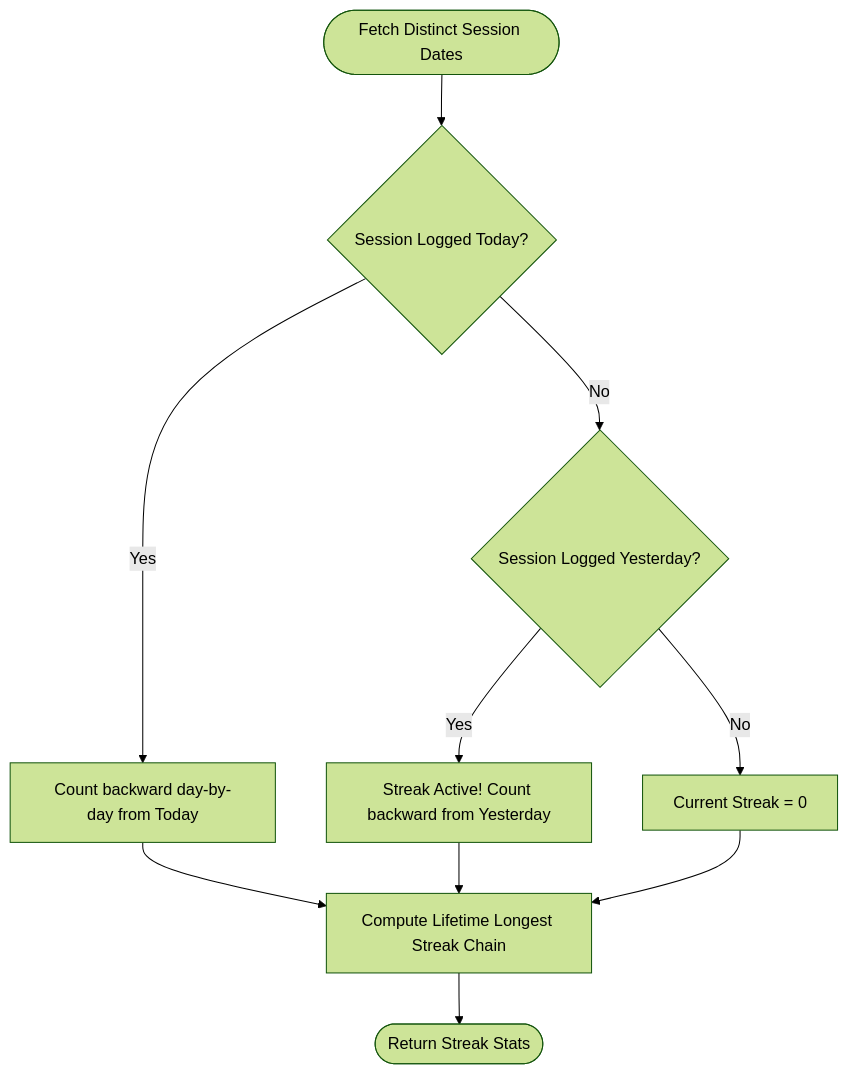
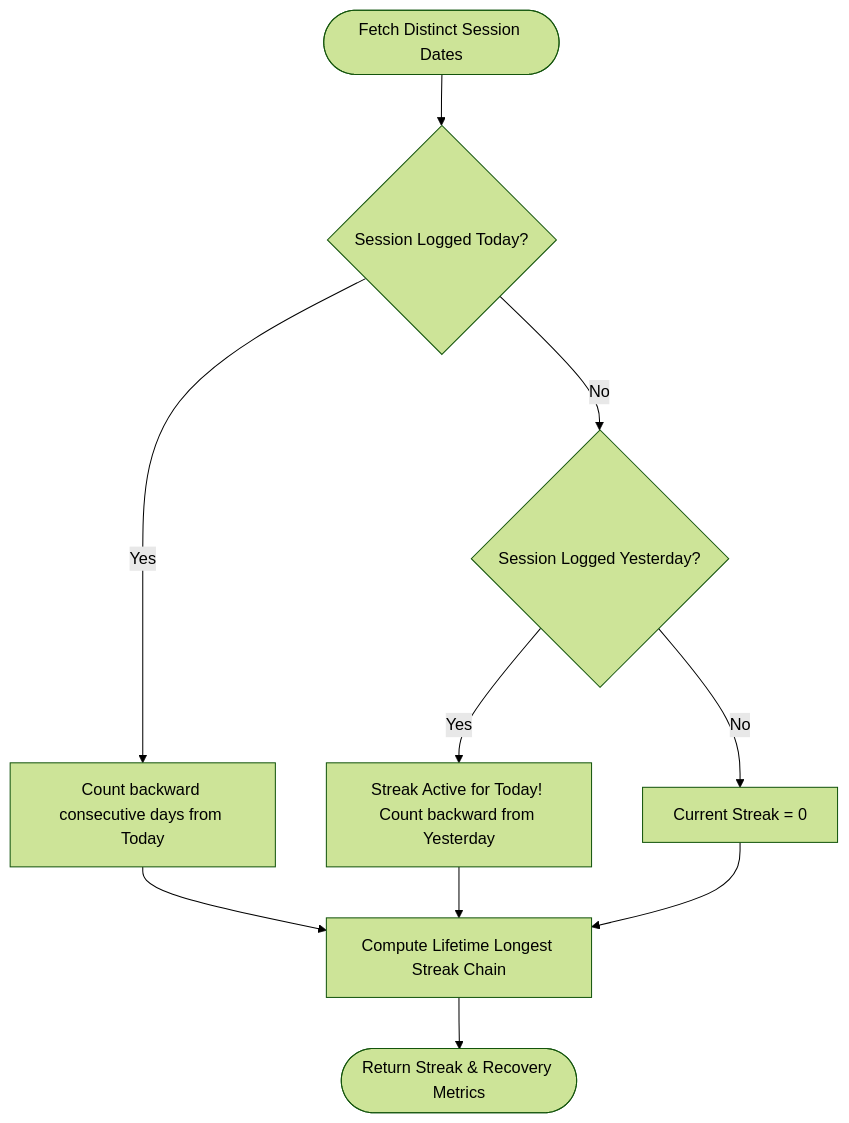
One commit to Rafayet-Hossen/uiu-student-brain changed the second of 6 diagrams in README.md. Above: the diagram before and after it, drawn with Mermaid (forest theme). The commit also changed other lines of this file and 1 other file, not shown here.

````diff
--- a/README.md
+++ b/README.md
@@ -329,12 +217,12 @@
 ```mermaid
 flowchart TD
     Start([Fetch Distinct Session Dates]) --> CheckToday{Session Logged Today?}
-    CheckToday -- Yes --> CountFromToday[Count backward day-by-day from Today]
+    CheckToday -- Yes --> CountFromToday[Count backward consecutive days from Today]
     CheckToday -- No --> CheckYesterday{Session Logged Yesterday?}
-    CheckYesterday -- Yes --> CountFromYesterday[Streak Active! Count backward from Yesterday]
+    CheckYesterday -- Yes --> CountFromYesterday[Streak Active for Today! Count backward from Yesterday]
     CheckYesterday -- No --> ResetStreak[Current Streak = 0]
     CountFromToday --> MaxStreakCalc[Compute Lifetime Longest Streak Chain]
     CountFromYesterday --> MaxStreakCalc
     ResetStreak --> MaxStreakCalc
-    MaxStreakCalc --> ReturnSummary([Return Streak Stats])
+    MaxStreakCalc --> ReturnSummary([Return Streak & Recovery Metrics])
 ```
````
